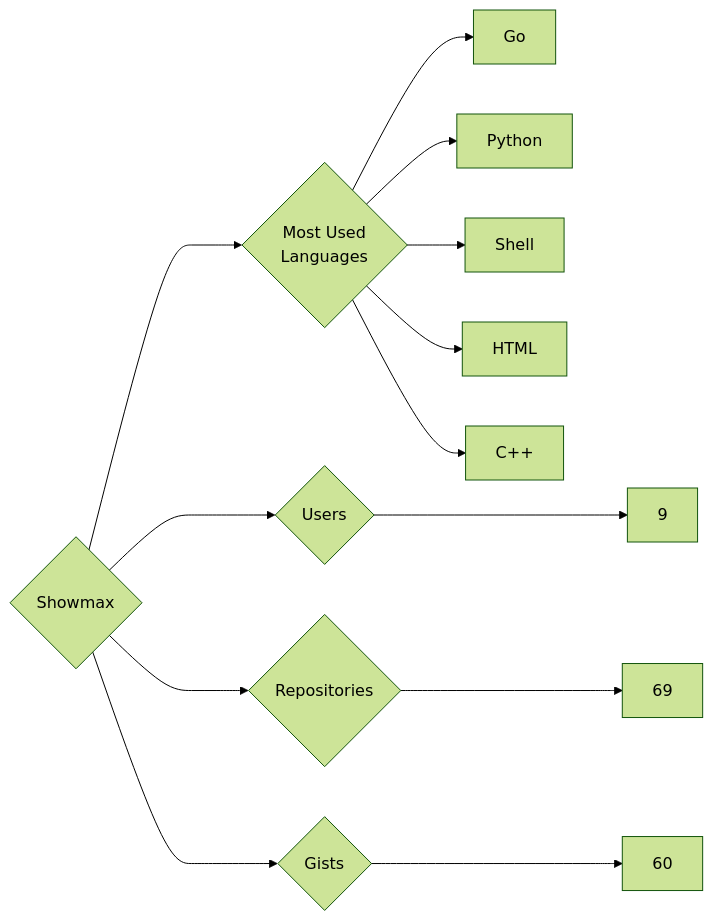
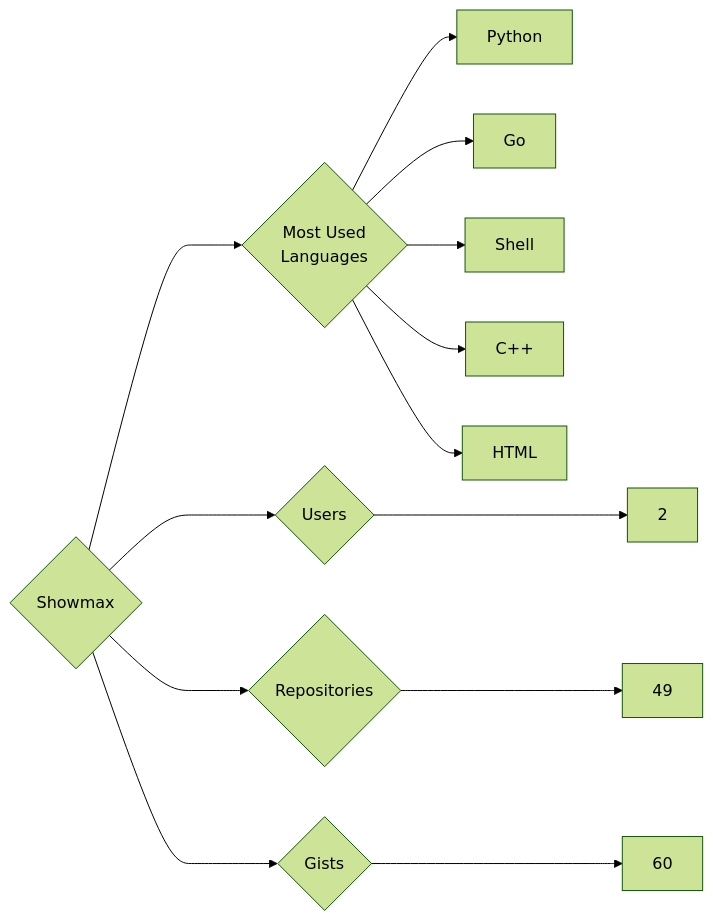
The diagram in targets/Showmax/README.md (trickest/insiders), drawn with Mermaid (forest theme) before and after one commit. The commit also changed 895 other files, not shown here.

````diff
--- a/targets/Showmax/README.md
+++ b/targets/Showmax/README.md
@@ -3,13 +3,13 @@
 ```mermaid
 graph LR
 COMPANY_NAME{Showmax}
-COMPANY_NAME ---> U{Users} ---> UN[9]
-COMPANY_NAME ---> R{Repositories} ---> RN[69]
+COMPANY_NAME ---> U{Users} ---> UN[2]
+COMPANY_NAME ---> R{Repositories} ---> RN[49]
 COMPANY_NAME ---> G{Gists} ---> GN[60]
 COMPANY_NAME ---> ML{Most Used<br>Languages}
+ML --> Python[Python]
 ML --> Go[Go]
-ML --> Python[Python]
 ML --> Shell[Shell]
+ML --> C++[C++]
 ML --> HTML[HTML]
-ML --> C++[C++]
 ```
````
